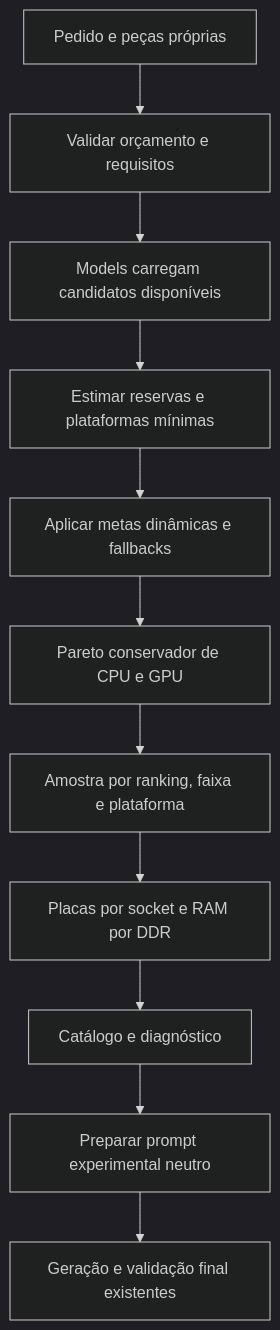
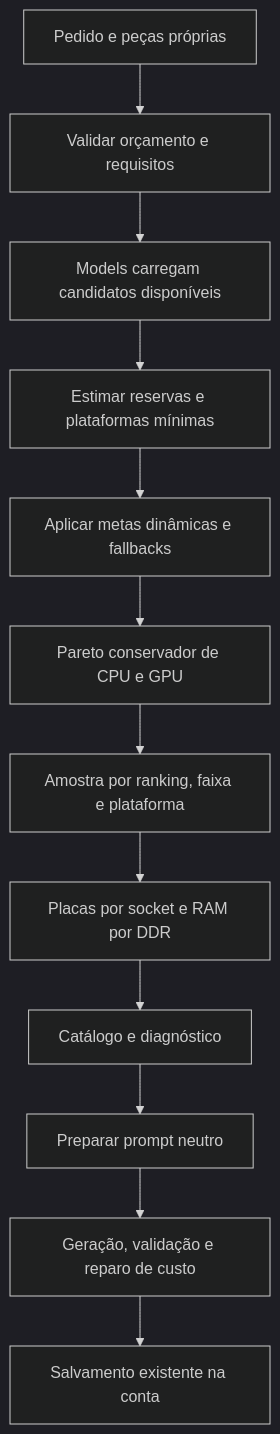
One commit to trvzera/BOOSTio changed the diagram in docs/selecao-inteligente-etapa-3.md. Above: the diagram before and after it, drawn with Mermaid (dark theme). The commit also changed other lines of this file and 5 other files, not shown here.

````diff
--- a/docs/selecao-inteligente-etapa-3.md
+++ b/docs/selecao-inteligente-etapa-3.md
@@ -10,13 +10,14 @@
 ```mermaid
 flowchart TD
     A[Pedido e peças próprias] --> B[Validar orçamento e requisitos]
     B --> C[Models carregam candidatos disponíveis]
     C --> D[Estimar reservas e plataformas mínimas]
     D --> E[Aplicar metas dinâmicas e fallbacks]
     E --> F[Pareto conservador de CPU e GPU]
     F --> G[Amostra por ranking, faixa e plataforma]
     G --> H[Placas por socket e RAM por DDR]
     H --> I[Catálogo e diagnóstico]
-    I --> J[Preparar prompt experimental neutro]
-    J --> K[Geração e validação final existentes]
+    I --> J[Preparar prompt neutro]
+    J --> K[Geração, validação e reparo de custo]
+    K --> L[Salvamento existente na conta]
 ```
````
